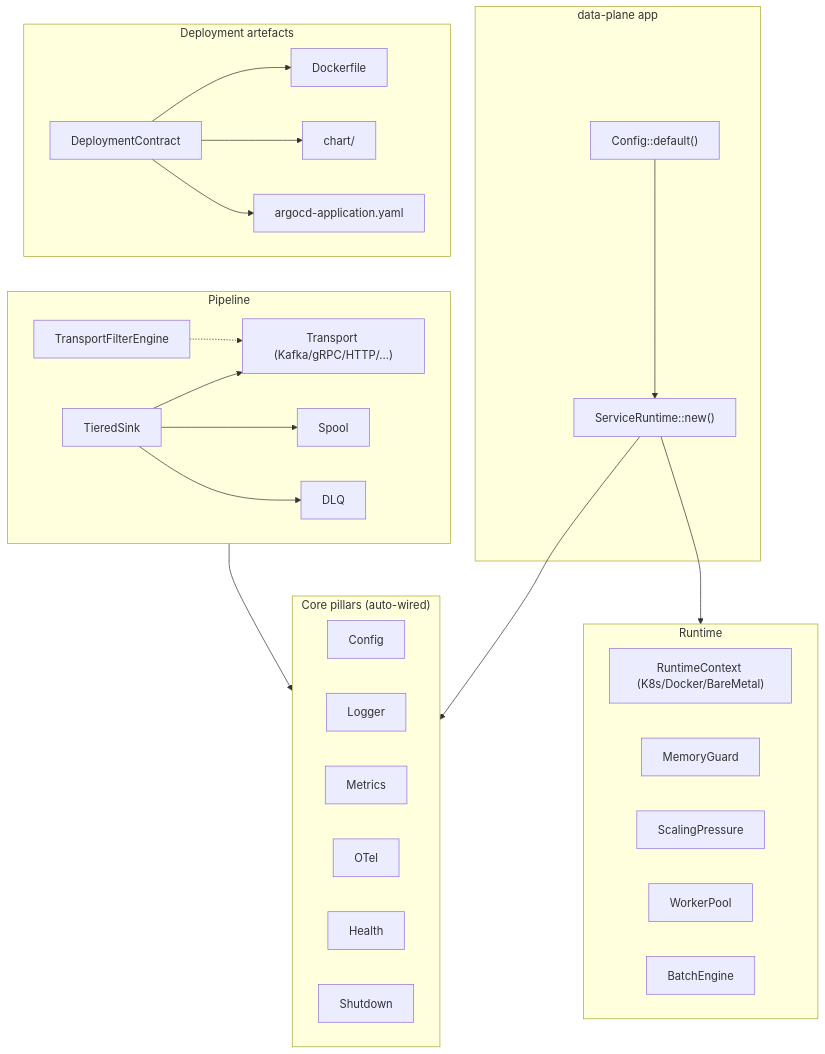
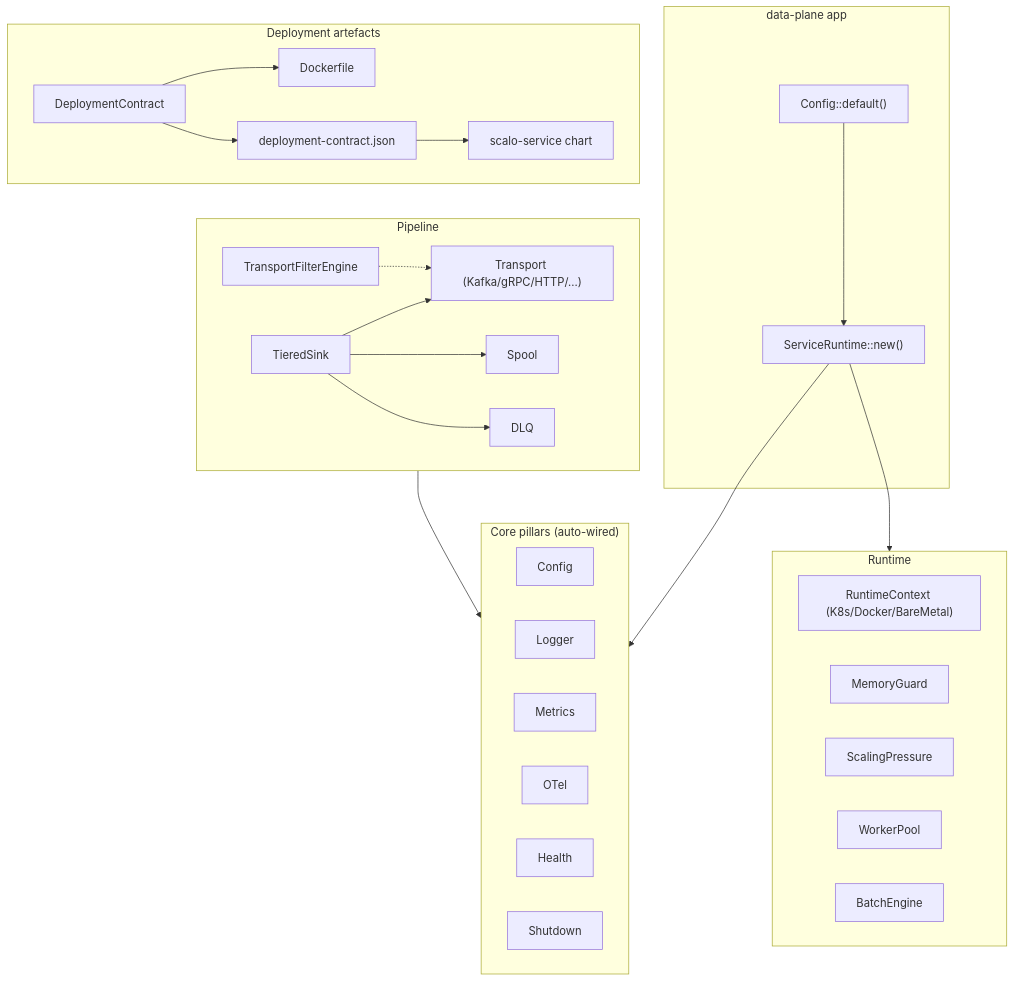
One commit to hyperi-io/scalo-rs changed the diagram in docs/README.md. Above: the diagram before and after it, drawn with Mermaid. The commit also changed other lines of this file and 38 other files, not shown here.

First line of the commit message:
fix: retire the chart and argocd generators (#324)

````diff
--- a/docs/README.md
+++ b/docs/README.md
@@ -36,49 +36,49 @@
 ```mermaid
 flowchart TB
     subgraph App["data-plane app"]
         Cfg["Config::default()"] --> SR["ServiceRuntime::new()"]
     end
 
     subgraph Pillars["Core pillars (auto-wired)"]
         Config
         Logger
         Metrics
         OTel
         Health
         Shutdown
     end
 
     subgraph Runtime["Runtime"]
         RC["RuntimeContext (K8s/Docker/BareMetal)"]
         MG["MemoryGuard"]
         SP["ScalingPressure"]
         WP["WorkerPool"]
         BE["BatchEngine"]
     end
 
     subgraph Pipeline["Pipeline"]
         T["Transport (Kafka/gRPC/HTTP/...)"]
         TF["TransportFilterEngine"]
         TS["TieredSink"]
         SPL["Spool"]
         DLQ
     end
 
     subgraph Deploy["Deployment artefacts"]
         DC["DeploymentContract"]
         DF["Dockerfile"]
-        CH["chart/"]
-        AC["argocd-application.yaml"]
+        CJ["deployment-contract.json"]
+        CH["scalo-service chart"]
     end
 
     SR --> Pillars
     SR --> Runtime
     Pipeline --> Pillars
     TF -.-> T
     TS --> T
     TS --> SPL
     TS --> DLQ
     DC --> DF
-    DC --> CH
-    DC --> AC
+    DC --> CJ
+    CJ --> CH
 ```
````
